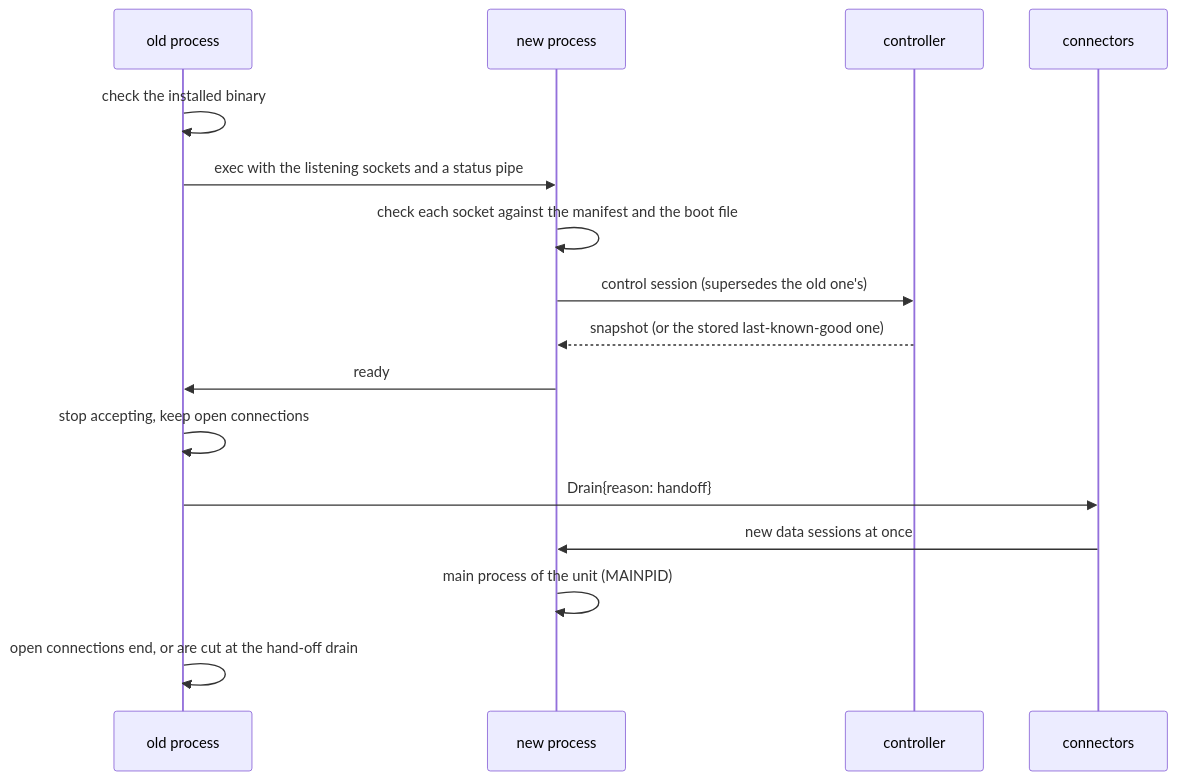
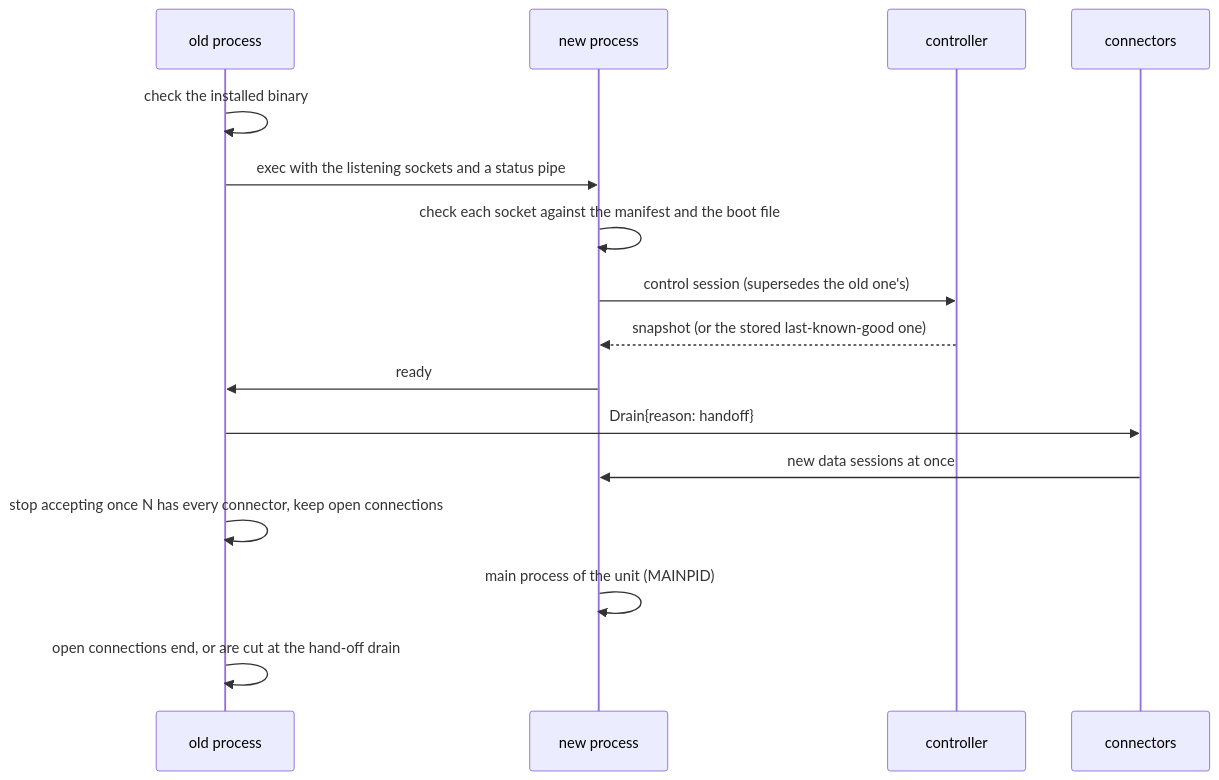
One commit to felix-homelab/rpmgr changed the eighth of 8 diagrams in docs/03-connections.md. Above: the diagram before and after it, drawn with Mermaid. The commit also changed other lines of this file and 6 other files, not shown here.

````diff
--- a/docs/03-connections.md
+++ b/docs/03-connections.md
@@ -1645,18 +1644,18 @@
 ```mermaid
 sequenceDiagram
   participant O as old process
   participant N as new process
   participant C as controller
   participant K as connectors
   O->>O: check the installed binary
   O->>N: exec with the listening sockets and a status pipe
   N->>N: check each socket against the manifest and the boot file
   N->>C: control session (supersedes the old one's)
   C-->>N: snapshot (or the stored last-known-good one)
   N->>O: ready
-  O->>O: stop accepting, keep open connections
   O->>K: Drain{reason: handoff}
   K->>N: new data sessions at once
+  O->>O: stop accepting once N has every connector, keep open connections
   N->>N: main process of the unit (MAINPID)
   O->>O: open connections end, or are cut at the hand-off drain
 ```
````
